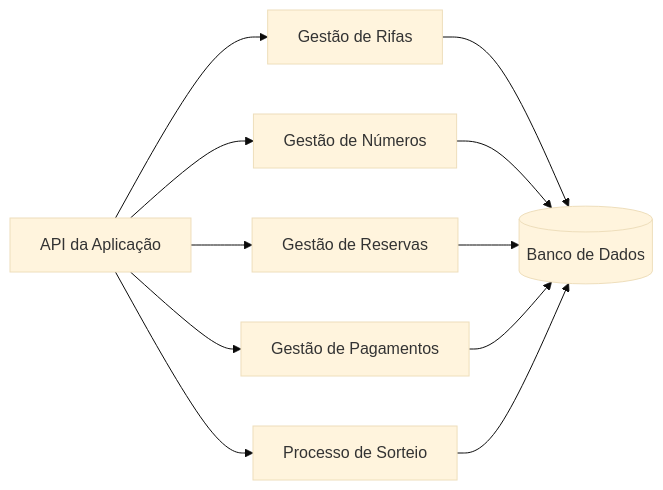
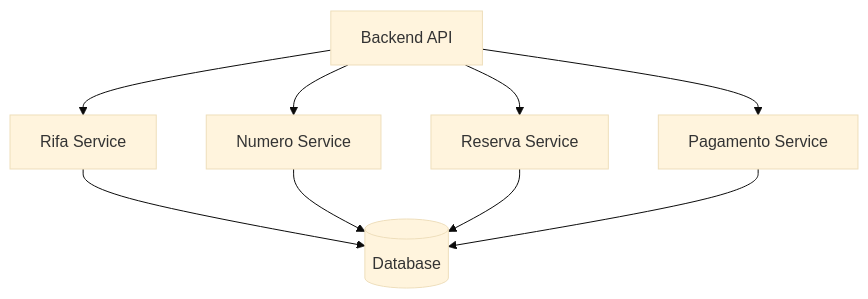
Before and after one commit to ivnavalenca/rifa-digital: the third of 3 diagrams in docs/architecture/c4-model.md, drawn with Mermaid (base theme). The commit also changed other lines of this file, not shown here.

````diff
--- a/docs/architecture/c4-model.md
+++ b/docs/architecture/c4-model.md
@@ -94,25 +95,22 @@
-``` mermaid
-flowchart LR
+```mermaid
+flowchart TD
 
-API[API da Aplicação]
+API[Backend API]
 
-Rifa[Gestão de Rifas]
-Numero[Gestão de Números]
-Reserva[Gestão de Reservas]
-Pagamento[Gestão de Pagamentos]
-Sorteio[Processo de Sorteio]
+RIFA_SERVICE[Rifa Service]
+NUMERO_SERVICE[Numero Service]
+RESERVA_SERVICE[Reserva Service]
+PAGAMENTO_SERVICE[Pagamento Service]
 
-Database[(Banco de Dados)]
+DB[(Database)]
 
-API --> Rifa
-API --> Numero
-API --> Reserva
-API --> Pagamento
-API --> Sorteio
+API --> RIFA_SERVICE
+API --> NUMERO_SERVICE
+API --> RESERVA_SERVICE
+API --> PAGAMENTO_SERVICE
 
-Rifa --> Database
-Numero --> Database
-Reserva --> Database
-Pagamento --> Database
-Sorteio --> Database
+RIFA_SERVICE --> DB
+NUMERO_SERVICE --> DB
+RESERVA_SERVICE --> DB
+PAGAMENTO_SERVICE --> DB
 ```
````
